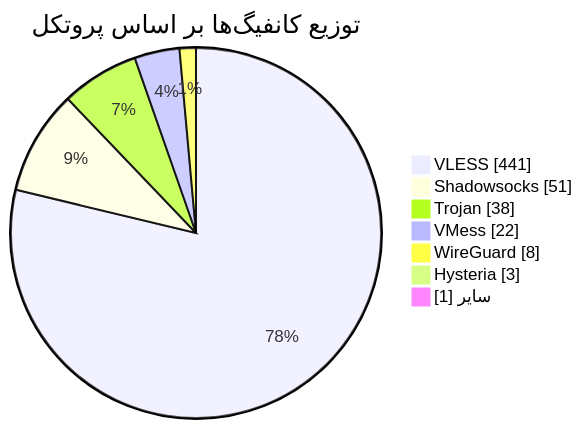
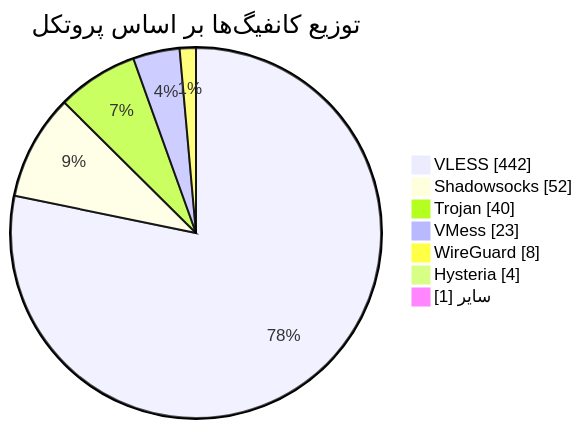
One commit to Arian-Alijani/Somthing changed the diagram in README.md. Above: the diagram before and after it, drawn with Mermaid. The commit also changed other lines of this file and 71 other files, not shown here.

````diff
--- a/README.md
+++ b/README.md
@@ -49,11 +49,11 @@
 ```mermaid
 pie showData
     title توزیع کانفیگ‌ها بر اساس پروتکل
-    "VLESS" : 441
-    "Shadowsocks" : 51
-    "Trojan" : 38
-    "VMess" : 22
+    "VLESS" : 442
+    "Shadowsocks" : 52
+    "Trojan" : 40
+    "VMess" : 23
     "WireGuard" : 8
-    "Hysteria" : 3
+    "Hysteria" : 4
     "سایر" : 1
 ```
````
